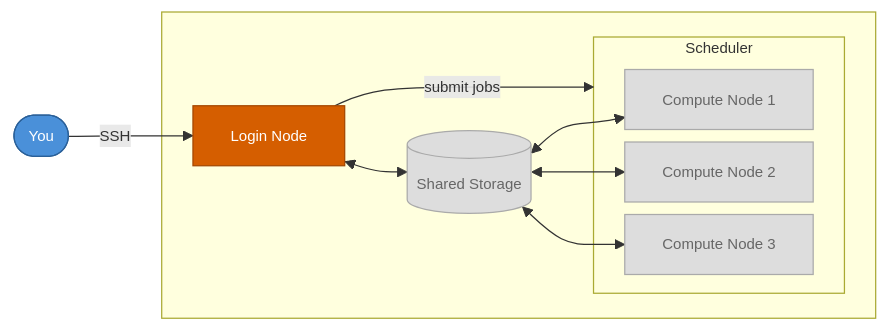
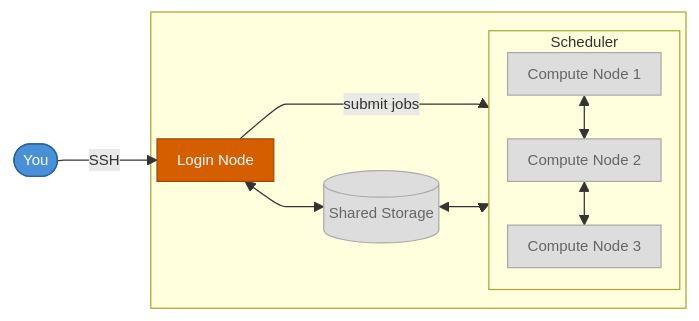
The second of 6 diagrams in common/courses/hpc/main.md (OxfordRSE/training-slides-core), drawn with Mermaid before and after one commit. The commit also changed other lines of this file, not shown here.

Commit message:
Redraw HPC components diagram with network between nodes

````diff
--- a/common/courses/hpc/main.md
+++ b/common/courses/hpc/main.md
@@ -127,28 +131,32 @@
 ```mermaid
 ---
 config:
   flowchart:
     nodeSpacing: 10
+    rankSpacing: 10
+    padding: 8
   themeVariables:
     fontSize: 12px
 ---
 flowchart LR
-    You([You]):::local -- SSH --> Login[Login Node]:::hl
+    You([You]):::local -- SSH ------> Login[Login Node]:::hl
 
     subgraph Cluster[" "]
-        Login <--> Storage[(Shared  Storage)]:::dim
+        Login <-----> Storage[(Shared  Storage)]:::dim
         Login -->|submit jobs| Sched
 
         subgraph Sched[Scheduler]
+            direction TB
             C1[Compute Node 1]:::dim
             C2[Compute Node 2]:::dim
             C3[Compute Node 3]:::dim
+            C1 <--> C2 <--> C3
         end
 
-        Storage <--> C1 & C2 & C3
+        Storage <-----> Sched
     end
 
     classDef local fill:#4a90d9,stroke:#2a6099,color:#fff
     classDef dim fill:#ddd,stroke:#aaa,color:#666
     classDef hl fill:#d55e00,stroke:#a34700,color:#fff
 ```
````
